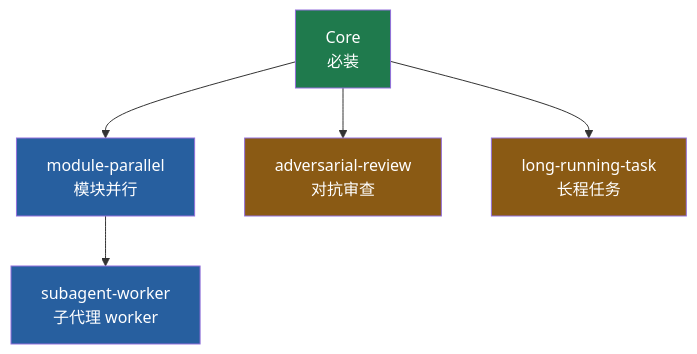
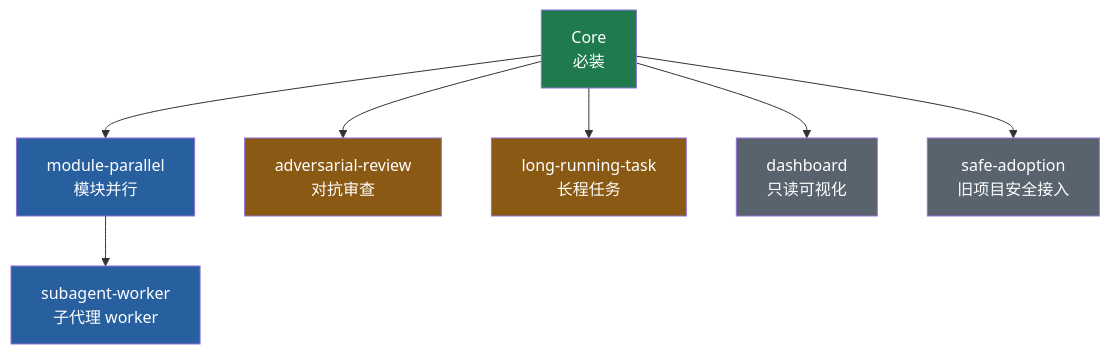
The second of 12 diagrams in docs-release/release/v1.0-visual-roadmap-cn.md (FairladyZ625/coding-agent-harness), drawn with Mermaid before and after one commit. The commit also changed other lines of this file and 103 other files, not shown here.

````diff
--- a/docs-release/release/v1.0-visual-roadmap-cn.md
+++ b/docs-release/release/v1.0-visual-roadmap-cn.md
@@ -29,19 +29,25 @@
 ```mermaid
 graph TD
   CORE["Core<br/>必装"]
   MP["module-parallel<br/>模块并行"]
   SW["subagent-worker<br/>子代理 worker"]
   AR["adversarial-review<br/>对抗审查"]
   LRT["long-running-task<br/>长程任务"]
+  DASH["dashboard<br/>只读可视化"]
+  SA["safe-adoption<br/>旧项目安全接入"]
 
   CORE --> MP
   CORE --> AR
   CORE --> LRT
+  CORE --> DASH
+  CORE --> SA
   MP --> SW
 
   style CORE fill:#1f7a4d,color:#fff
   style MP fill:#275f9f,color:#fff
   style SW fill:#275f9f,color:#fff
   style AR fill:#8a5a14,color:#fff
   style LRT fill:#8a5a14,color:#fff
+  style DASH fill:#59636e,color:#fff
+  style SA fill:#59636e,color:#fff
 ```
````
